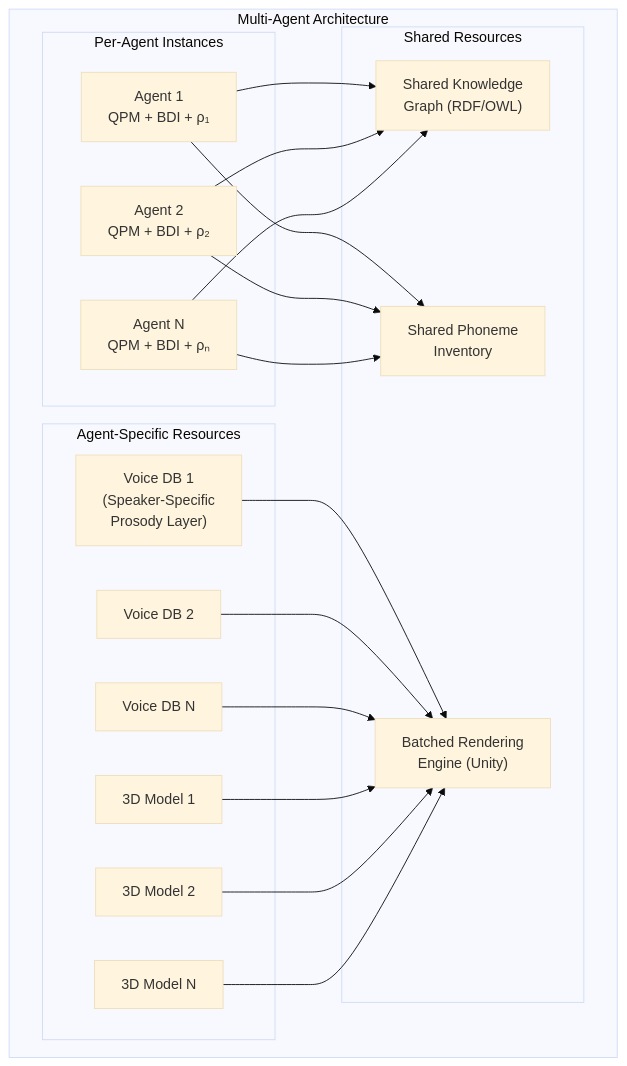
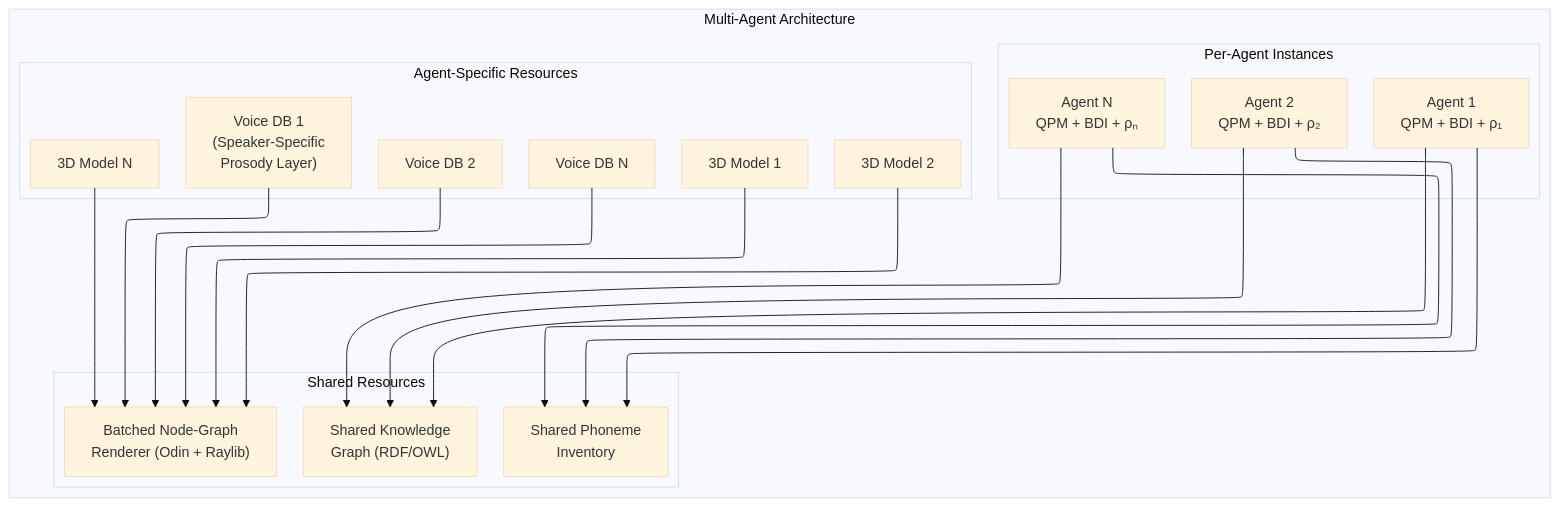
Diagram 16 of 19 in Interpretable_Architectures_Revised_v1.md (JustForCodin/Centaurian_Architecture_Implementation), drawn with Mermaid (base theme) before and after one commit. The commit also changed other lines of this file and 2 other files, not shown here.

````diff
--- a/Interpretable_Architectures_Revised_v1.md
+++ b/Interpretable_Architectures_Revised_v1.md
@@ -1061,38 +1149,39 @@
 ```mermaid
+%%{init: {"flowchart": {"defaultRenderer": "elk"}} }%%
 graph TD
     subgraph "Multi-Agent Architecture"
         subgraph "Shared Resources"
             KG_SHARED["Shared Knowledge<br/>Graph (RDF/OWL)"]
             PHONEME_DB["Shared Phoneme<br/>Inventory"]
-            RENDER_ENG["Batched Rendering<br/>Engine (Unity)"]
+            RENDER_ENG["Batched Node-Graph<br/>Renderer (Odin + Raylib)"]
         end
 
         subgraph "Per-Agent Instances"
             A1["Agent 1<br/>QPM + BDI + ρ₁"]
             A2["Agent 2<br/>QPM + BDI + ρ₂"]
             A3["Agent N<br/>QPM + BDI + ρₙ"]
         end
 
         subgraph "Agent-Specific Resources"
             V1["Voice DB 1<br/>(Speaker-Specific<br/>Prosody Layer)"]
             V2["Voice DB 2"]
             V3["Voice DB N"]
             M1["3D Model 1"]
             M2["3D Model 2"]
             M3["3D Model N"]
         end
 
         A1 --> KG_SHARED
         A2 --> KG_SHARED
         A3 --> KG_SHARED
         A1 --> PHONEME_DB
         A2 --> PHONEME_DB
         A3 --> PHONEME_DB
         V1 --> RENDER_ENG
         V2 --> RENDER_ENG
         V3 --> RENDER_ENG
         M1 --> RENDER_ENG
         M2 --> RENDER_ENG
         M3 --> RENDER_ENG
     end
 ```
````
